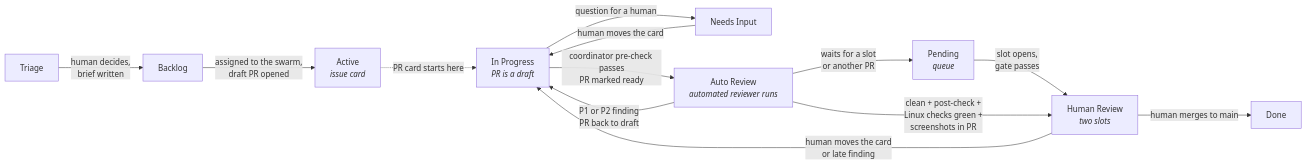
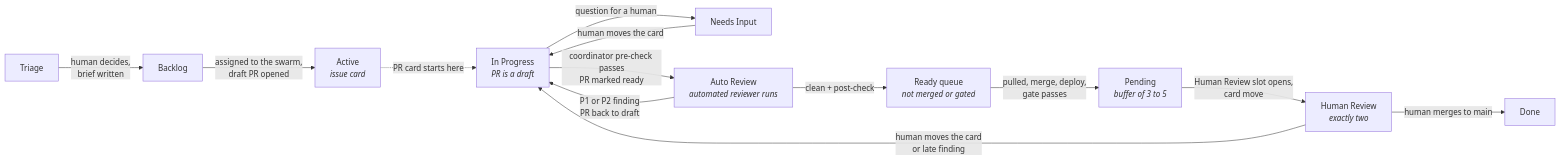
One commit to tangentcode/methodology changed the diagram in diagrams-src/board.mmd. Above: the diagram before and after it, drawn with Mermaid. The commit also changed 11 other files, not shown here.

First line of the commit message:
Document the lean just-in-time Human Review flow

```diff
--- a/diagrams-src/board.mmd
+++ b/diagrams-src/board.mmd
@@ -1,13 +1,13 @@
 flowchart LR
     T[Triage] -->|human decides,<br/>brief written| B[Backlog]
     B -->|assigned to the swarm,<br/>draft PR opened| AC[Active<br/><i>issue card</i>]
     AC -.->|PR card starts here| IP[In Progress<br/><i>PR is a draft</i>]
     IP -->|question for a human| NI[Needs Input]
     NI -->|human moves the card| IP
     IP -->|coordinator pre-check passes<br/>PR marked ready| AR[Auto Review<br/><i>automated reviewer runs</i>]
     AR -->|P1 or P2 finding<br/>PR back to draft| IP
-    AR -->|waits for a slot<br/>or another PR| P[Pending<br/><i>queue</i>]
-    P -->|slot opens,<br/>gate passes| HR
-    AR -->|clean + post-check +<br/>Linux checks green +<br/>screenshots in PR| HR[Human Review<br/><i>two slots</i>]
+    AR -->|clean + post-check| R[Ready queue<br/><i>not merged or gated</i>]
+    R -->|pulled, merge, deploy,<br/>gate passes| P[Pending<br/><i>buffer of 3 to 5</i>]
+    P -->|Human Review slot opens,<br/>card move| HR[Human Review<br/><i>exactly two</i>]
     HR -->|human moves the card<br/>or late finding| IP
     HR -->|human merges to main| D[Done]
```
